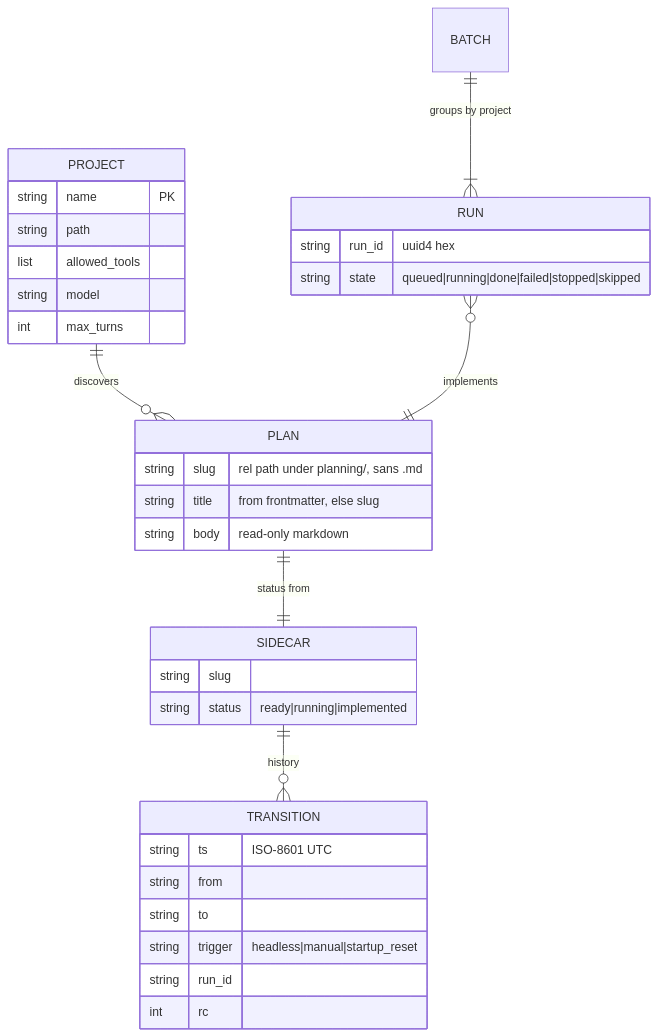
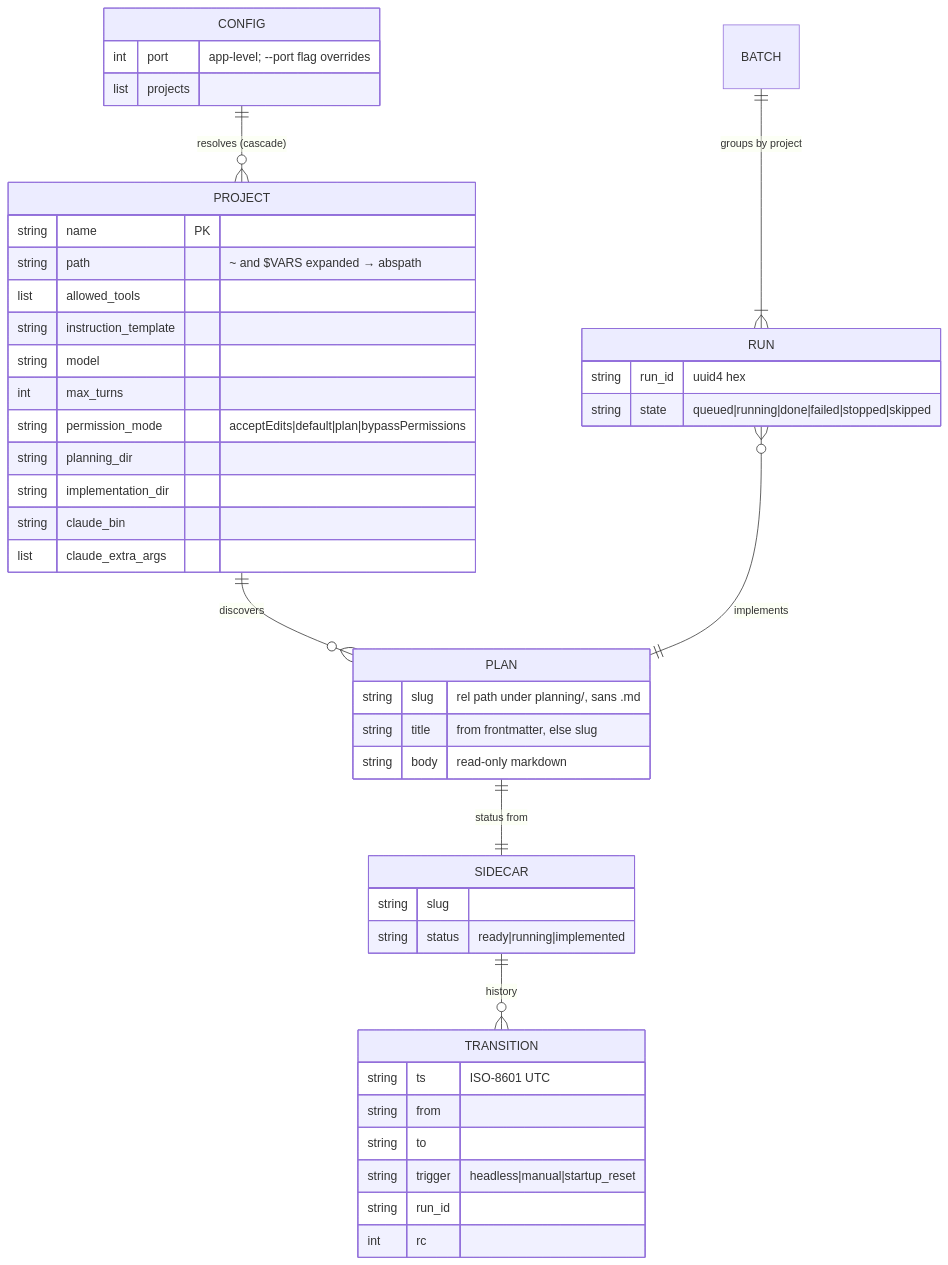
One commit to cheneeheng/docket changed the fourth of 5 diagrams in .agents_workspace/ARCHITECTURE.md. Above: the diagram before and after it, drawn with Mermaid. The commit also changed other lines of this file and 30 other files, not shown here.

First line of the commit message:
feat(config): layered registry with init/doctor and JSON schema

````diff
--- a/.agents_workspace/ARCHITECTURE.md
+++ b/.agents_workspace/ARCHITECTURE.md
@@ -91,37 +96,48 @@
 ```mermaid
 erDiagram
+    CONFIG ||--o{ PROJECT : "resolves (cascade)"
     PROJECT ||--o{ PLAN : "discovers"
     PLAN ||--|| SIDECAR : "status from"
     SIDECAR ||--o{ TRANSITION : "history"
     BATCH ||--|{ RUN : "groups by project"
     RUN }o--|| PLAN : "implements"
 
+    CONFIG {
+        int port "app-level; --port flag overrides"
+        list projects
+    }
     PROJECT {
         string name PK
-        string path
+        string path "~ and $VARS expanded → abspath"
         list allowed_tools
+        string instruction_template
         string model
         int max_turns
+        string permission_mode "acceptEdits|default|plan|bypassPermissions"
+        string planning_dir
+        string implementation_dir
+        string claude_bin
+        list claude_extra_args
     }
     PLAN {
         string slug "rel path under planning/, sans .md"
         string title "from frontmatter, else slug"
         string body "read-only markdown"
     }
     SIDECAR {
         string slug
         string status "ready|running|implemented"
     }
     TRANSITION {
         string ts "ISO-8601 UTC"
         string from
         string to
         string trigger "headless|manual|startup_reset"
         string run_id
         int rc
     }
     RUN {
         string run_id "uuid4 hex"
         string state "queued|running|done|failed|stopped|skipped"
     }
 ```
````
